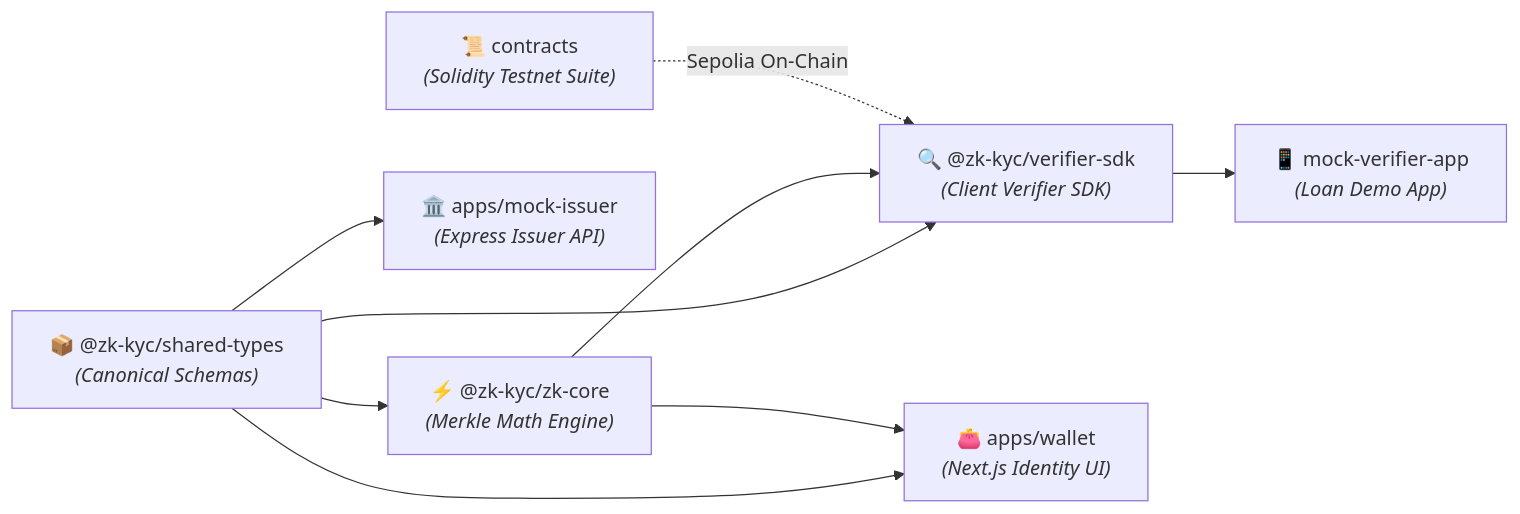
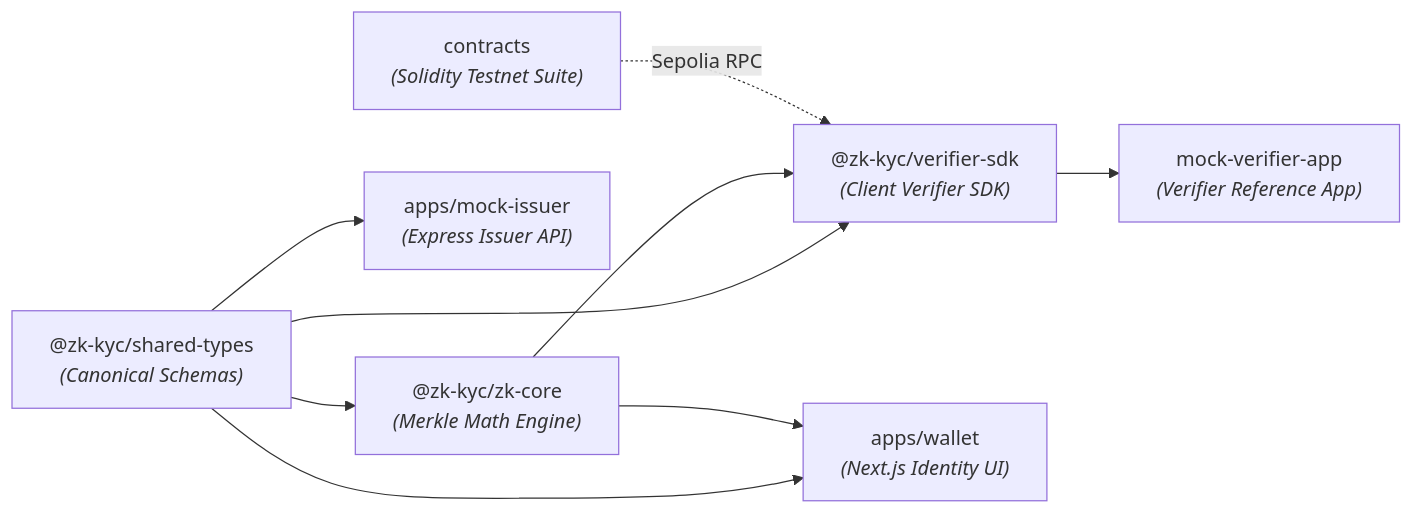
The sixth of 6 diagrams in README.md (aditya-raj9125/ZK-Kyc), drawn with Mermaid before and after one commit. The commit also changed other lines of this file, not shown here.

````diff
--- a/README.md
+++ b/README.md
@@ -258,19 +251,19 @@
 ```mermaid
 flowchart LR
-    Shared["📦 @zk-kyc/shared-types<br/><i>(Canonical Schemas)</i>"]
-    ZKCore["⚡ @zk-kyc/zk-core<br/><i>(Merkle Math Engine)</i>"]
-    SDK["🔍 @zk-kyc/verifier-sdk<br/><i>(Client Verifier SDK)</i>"]
-    Wallet["👛 apps/wallet<br/><i>(Next.js Identity UI)</i>"]
-    Issuer["🏛️ apps/mock-issuer<br/><i>(Express Issuer API)</i>"]
-    Contracts["📜 contracts<br/><i>(Solidity Testnet Suite)</i>"]
-    DemoApp["📱 mock-verifier-app<br/><i>(Loan Demo App)</i>"]
+    Shared["@zk-kyc/shared-types<br/><i>(Canonical Schemas)</i>"]
+    ZKCore["@zk-kyc/zk-core<br/><i>(Merkle Math Engine)</i>"]
+    SDK["@zk-kyc/verifier-sdk<br/><i>(Client Verifier SDK)</i>"]
+    Wallet["apps/wallet<br/><i>(Next.js Identity UI)</i>"]
+    Issuer["apps/mock-issuer<br/><i>(Express Issuer API)</i>"]
+    Contracts["contracts<br/><i>(Solidity Testnet Suite)</i>"]
+    DemoApp["mock-verifier-app<br/><i>(Verifier Reference App)</i>"]
 
     Shared --> ZKCore
     Shared --> SDK
     Shared --> Wallet
     Shared --> Issuer
     ZKCore --> Wallet
     ZKCore --> SDK
     SDK --> DemoApp
-    Contracts -.->|"Sepolia On-Chain"| SDK
+    Contracts -.->|"Sepolia RPC"| SDK
 ```
````
